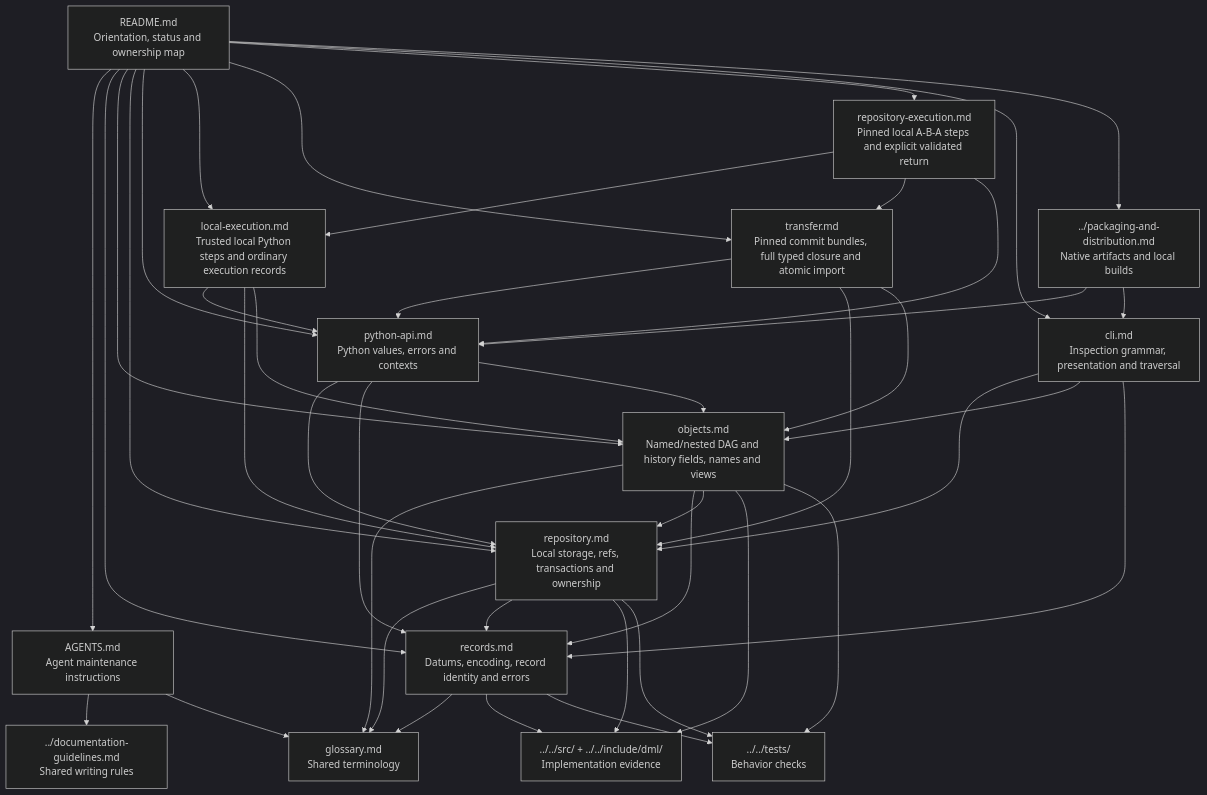
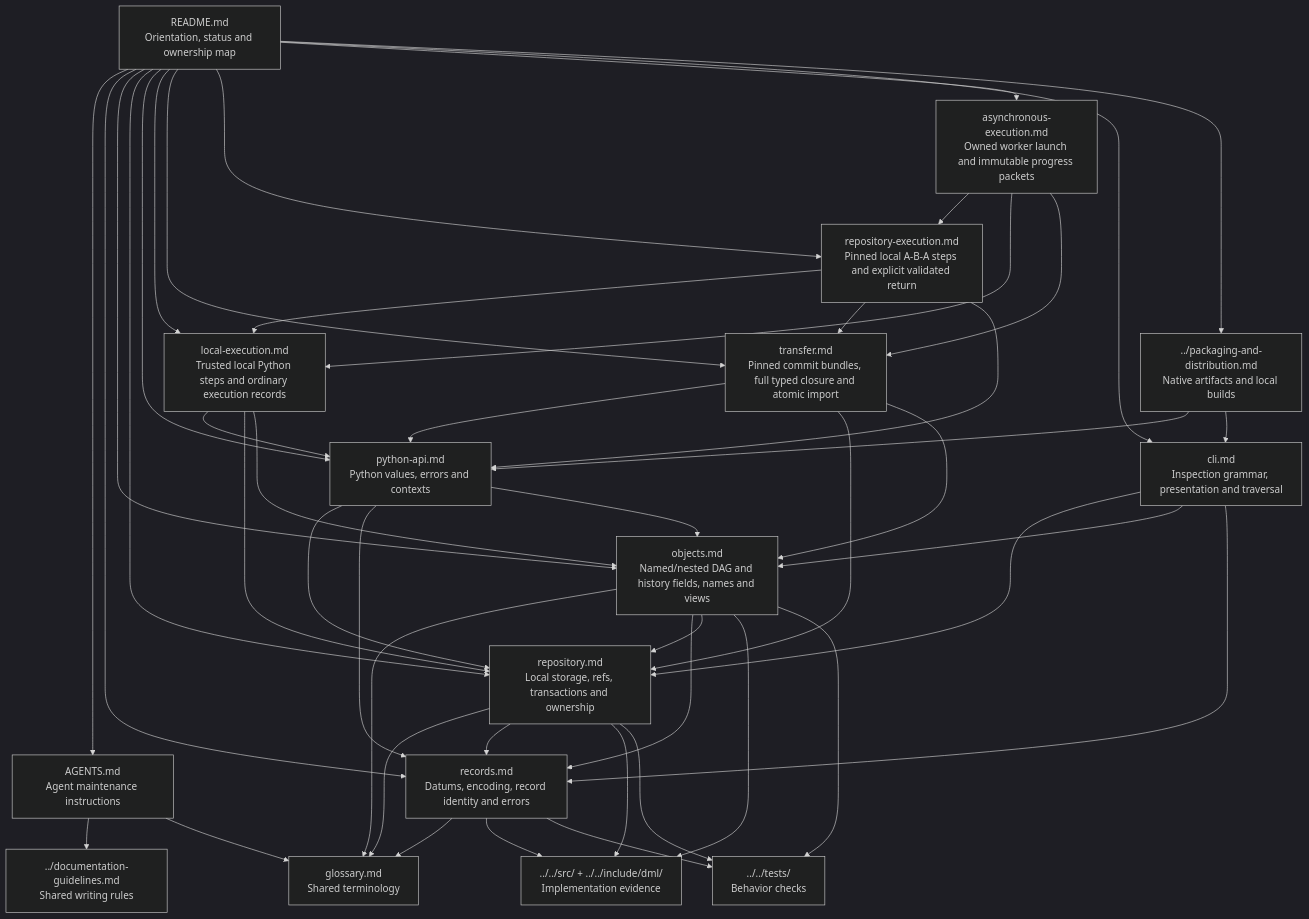
The diagram in docs/spec-next/README.md (micha/dml), drawn with Mermaid (dark theme) before and after one commit. The commit also changed other lines of this file and 21 other files, not shown here.

First line of the commit message:
Observe asynchronous local execution through pinned snapshots

````diff
--- a/docs/spec-next/README.md
+++ b/docs/spec-next/README.md
@@ -35,59 +35,64 @@
 ```mermaid
 flowchart TD
     README["README.md<br/>Orientation, status and ownership map"]
     AGENTS["AGENTS.md<br/>Agent maintenance instructions"]
     GUIDE["../documentation-guidelines.md<br/>Shared writing rules"]
     GLOSSARY["glossary.md<br/>Shared terminology"]
     RECORDS["records.md<br/>Datums, encoding, record identity and errors"]
     OBJECTS["objects.md<br/>Named/nested DAG and history fields, names and views"]
     REPO["repository.md<br/>Local storage, refs, transactions and ownership"]
     PY["python-api.md<br/>Python values, errors and contexts"]
     LOCAL["local-execution.md<br/>Trusted local Python steps and ordinary execution records"]
     TRANSFER["transfer.md<br/>Pinned commit bundles, full typed closure and atomic import"]
     EXCHANGE["repository-execution.md<br/>Pinned local A-B-A steps and explicit validated return"]
+    ASYNC["asynchronous-execution.md<br/>Owned worker launch and immutable progress packets"]
     CLI["cli.md<br/>Inspection grammar, presentation and traversal"]
     PACK["../packaging-and-distribution.md<br/>Native artifacts and local builds"]
     CODE["../../src/ + ../../include/dml/<br/>Implementation evidence"]
     TESTS["../../tests/<br/>Behavior checks"]
     README --> AGENTS
     README --> RECORDS
     README --> OBJECTS
     README --> REPO
     README --> PY
     README --> LOCAL
     README --> TRANSFER
     README --> EXCHANGE
     EXCHANGE --> LOCAL
     EXCHANGE --> TRANSFER
     EXCHANGE --> PY
+    README --> ASYNC
+    ASYNC --> EXCHANGE
+    ASYNC --> LOCAL
+    ASYNC --> TRANSFER
     README --> CLI
     README --> PACK
     PY --> REPO
     PY --> RECORDS
     PY --> OBJECTS
     LOCAL --> PY
     LOCAL --> REPO
     LOCAL --> OBJECTS
     TRANSFER --> PY
     TRANSFER --> REPO
     TRANSFER --> OBJECTS
     CLI --> REPO
     CLI --> OBJECTS
     CLI --> RECORDS
     PACK --> PY
     PACK --> CLI
     AGENTS --> GUIDE
     AGENTS --> GLOSSARY
     RECORDS --> GLOSSARY
     OBJECTS --> GLOSSARY
     OBJECTS --> RECORDS
     OBJECTS --> REPO
     OBJECTS --> CODE
     OBJECTS --> TESTS
     REPO --> GLOSSARY
     REPO --> RECORDS
     RECORDS --> CODE
     RECORDS --> TESTS
     REPO --> CODE
     REPO --> TESTS
 ```
````
